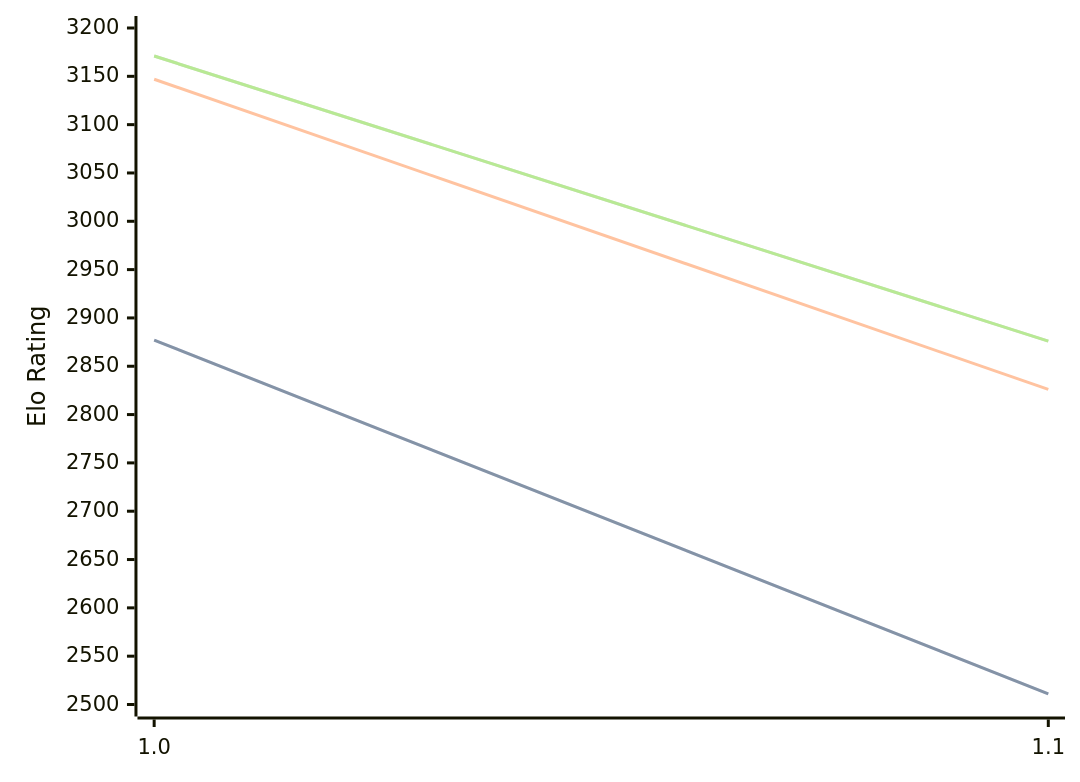
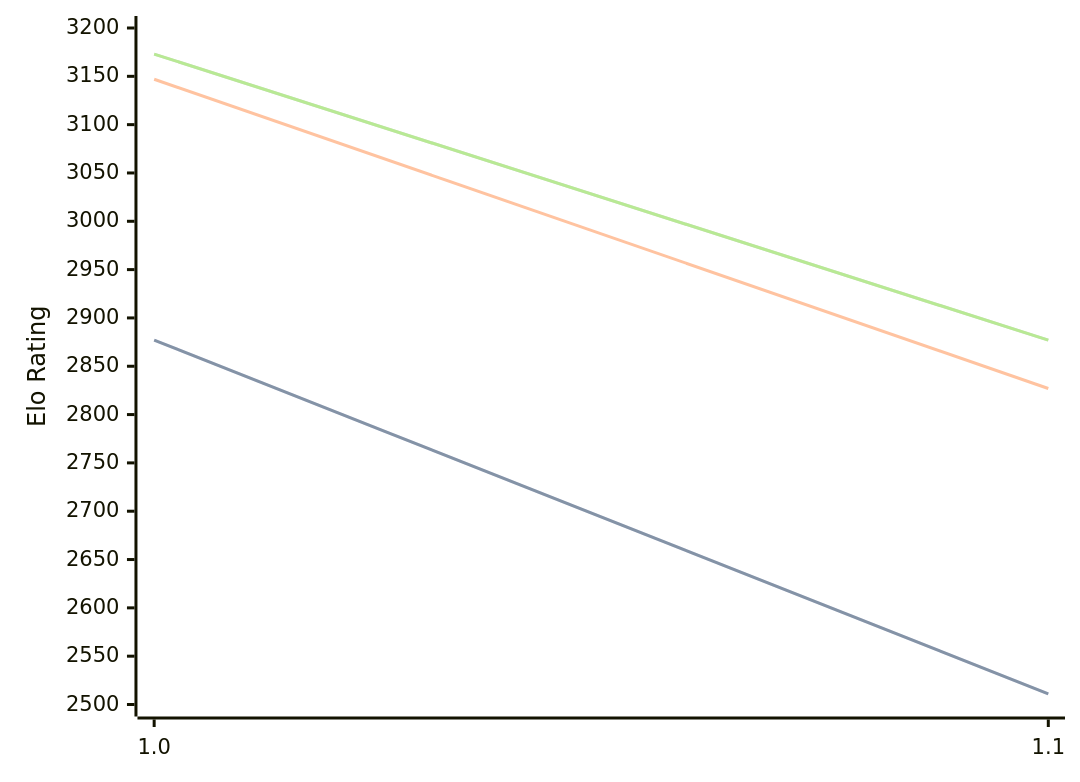
Before and after one commit to computer-chess-index/cci: the diagram in engines/Publius.md, drawn with Mermaid. The commit also changed other lines of this file, not shown here.

Commit message:
Update CCI Ratings (ELO VLTC) - 2026-02-16

````diff
--- a/engines/Publius.md
+++ b/engines/Publius.md
@@ -29,11 +29,11 @@
 ```mermaid
 %%{init: {"theme":"base","themeVariables":{"seriesColors:['#a3a3a3','#222221','#faa371']}}}%%
 xychart-beta
   x-axis ["1.0", "1.1"]
   y-axis "Elo Rating" 2500 --> 3200
   line "STC (8.0+0.08s)" [2877, 2511]
   line "STC (8.0+0.08s)" [2877, 2511]
-  line "LTC (60.0+0.60s)" [3147, 2826]
-  line "VLTC (2m24s+1.12s)" [3171, 2876]
-  line "VLTC (2m24s+1.12s)" [3171, 2876]
+  line "LTC (60.0+0.60s)" [3147, 2827]
+  line "VLTC (2m24s+1.12s)" [3173, 2877]
+  line "VLTC (2m24s+1.12s)" [3173, 2877]
 ```
````
